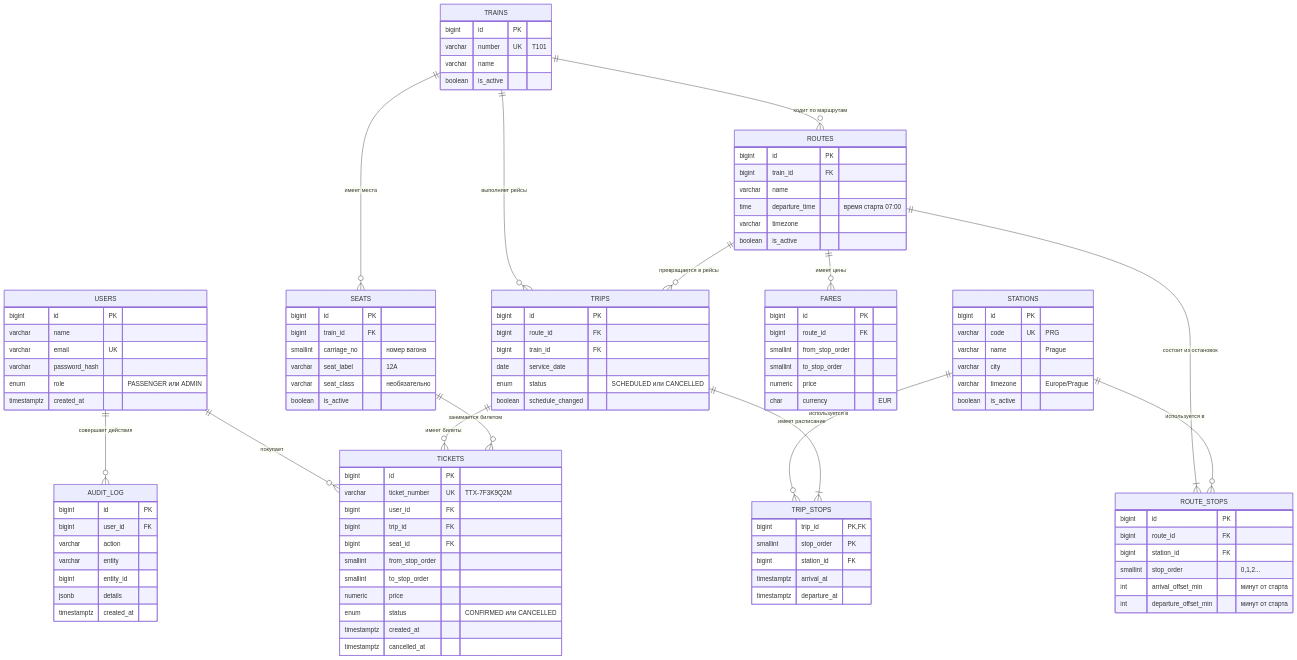
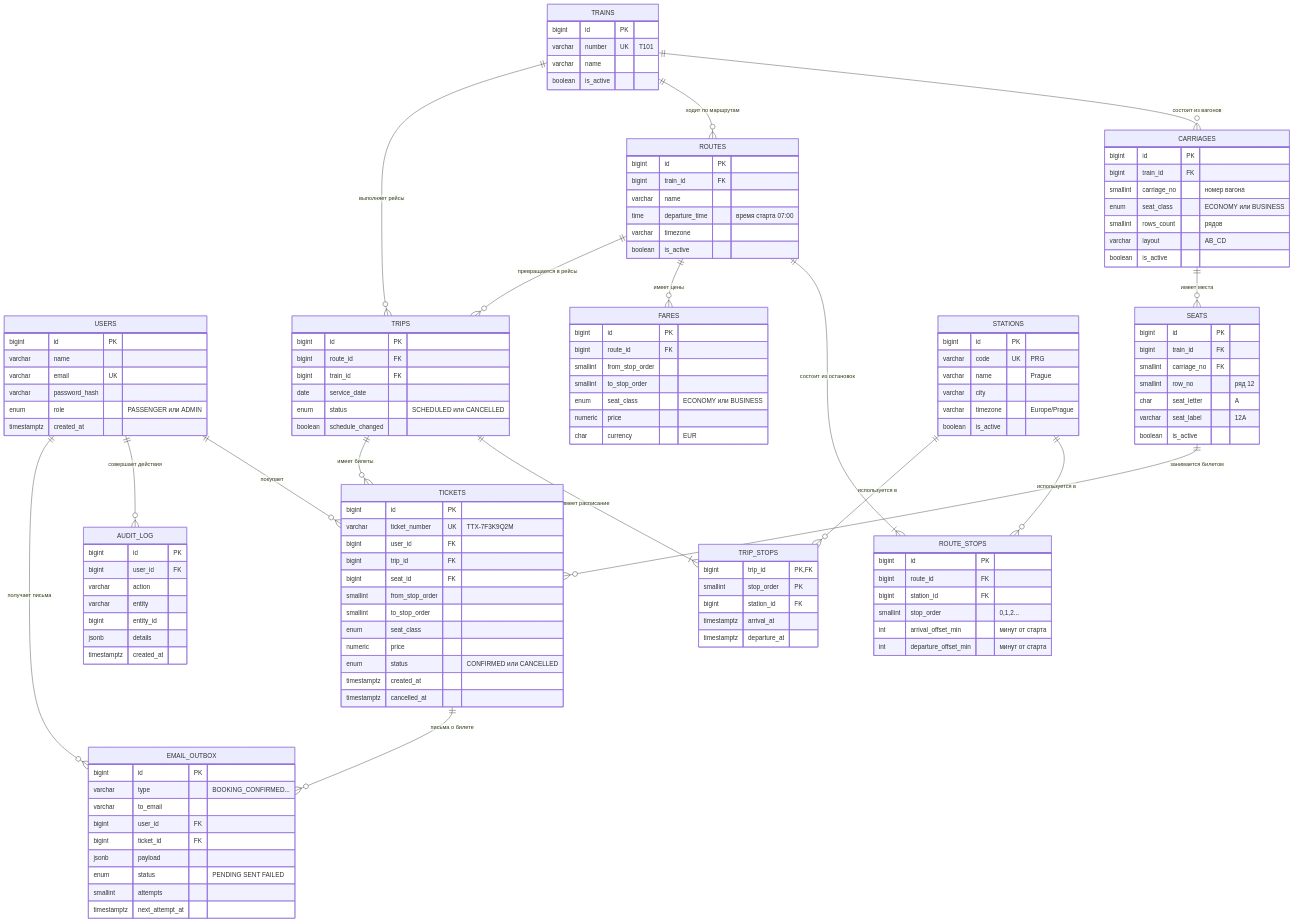
One commit to AkmaralNur/Technical-design changed the second of 17 diagrams in Technical_Design.md. Above: the diagram before and after it, drawn with Mermaid. The commit also changed other lines of this file, not shown here.

````diff
--- a/Technical_Design.md
+++ b/Technical_Design.md
@@ -539,7 +575,10 @@
 erDiagram
     USERS ||--o{ TICKETS : "покупает"
     USERS ||--o{ AUDIT_LOG : "совершает действия"
-    TRAINS ||--o{ SEATS : "имеет места"
+    USERS ||--o{ EMAIL_OUTBOX : "получает письма"
+    TICKETS ||--o{ EMAIL_OUTBOX : "письма о билете"
+    TRAINS ||--o{ CARRIAGES : "состоит из вагонов"
+    CARRIAGES ||--o{ SEATS : "имеет места"
     TRAINS ||--o{ ROUTES : "ходит по маршрутам"
     TRAINS ||--o{ TRIPS : "выполняет рейсы"
     ROUTES ||--|{ ROUTE_STOPS : "состоит из остановок"
@@ -573,12 +612,22 @@
         varchar name
         boolean is_active
     }
+    CARRIAGES {
+        bigint id PK
+        bigint train_id FK
+        smallint carriage_no "номер вагона"
+        enum seat_class "ECONOMY или BUSINESS"
+        smallint rows_count "рядов"
+        varchar layout "AB_CD"
+        boolean is_active
+    }
     SEATS {
         bigint id PK
         bigint train_id FK
-        smallint carriage_no "номер вагона"
+        smallint carriage_no FK
+        smallint row_no "ряд 12"
+        char seat_letter "A"
         varchar seat_label "12A"
-        varchar seat_class "необязательно"
         boolean is_active
     }
     ROUTES {
@@ -602,6 +651,7 @@
         bigint route_id FK
         smallint from_stop_order
         smallint to_stop_order
+        enum seat_class "ECONOMY или BUSINESS"
         numeric price
         char currency "EUR"
     }
@@ -628,6 +678,7 @@
         bigint seat_id FK
         smallint from_stop_order
         smallint to_stop_order
+        enum seat_class
         numeric price
         enum status "CONFIRMED или CANCELLED"
         timestamptz created_at
@@ -642,4 +693,15 @@
         jsonb details
         timestamptz created_at
     }
+    EMAIL_OUTBOX {
+        bigint id PK
+        varchar type "BOOKING_CONFIRMED..."
+        varchar to_email
+        bigint user_id FK
+        bigint ticket_id FK
+        jsonb payload
+        enum status "PENDING SENT FAILED"
+        smallint attempts
+        timestamptz next_attempt_at
+    }
 ```
````
